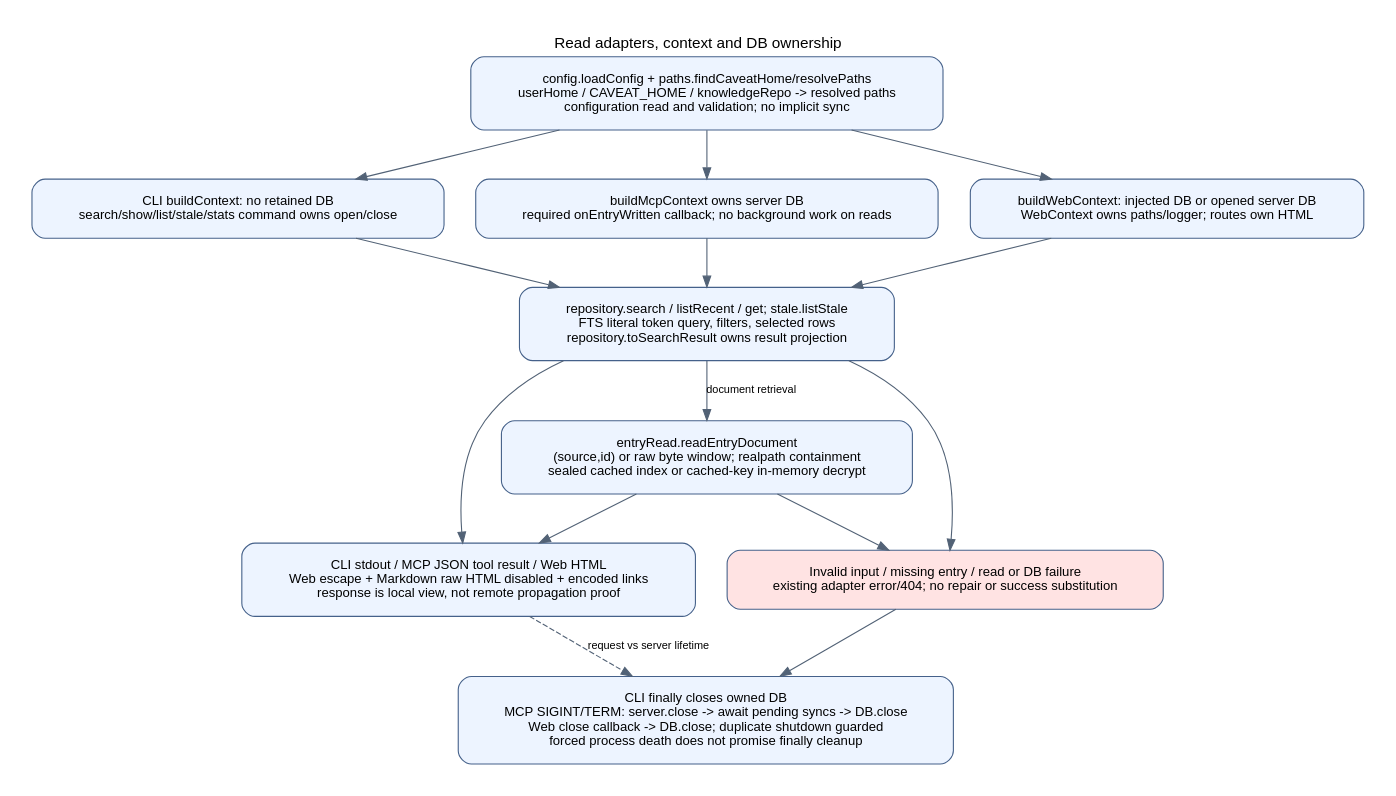
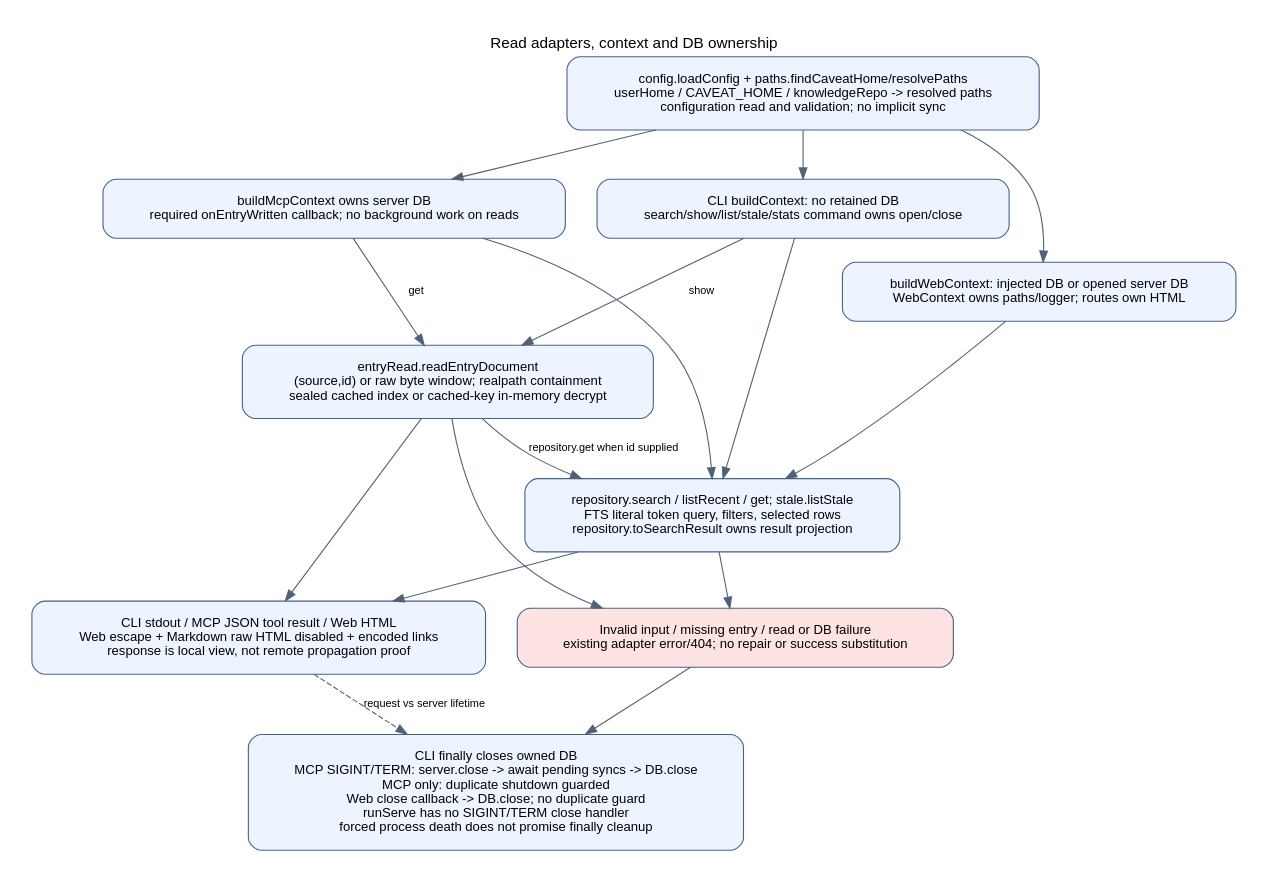
The diagram in docs/diagrams/16-read-context.dot (kitepon/Caveat), drawn with Graphviz before and after one commit. The commit also changed 25 other files, not shown here.

Commit message:
docs: align feature diagrams with failure and delivery contracts

```diff
--- a/docs/diagrams/16-read-context.dot
+++ b/docs/diagrams/16-read-context.dot
@@ -1,21 +1,22 @@
 digraph read {
  graph [rankdir=TB,bgcolor="white",pad="0.3",nodesep="0.4",ranksep="0.6",fontname="Arial",labelloc=t,label="Read adapters, context and DB ownership"];
  node [shape=box,style="rounded,filled",fillcolor="#edf4ff",color="#45618a",fontname="Arial",fontsize=12,margin="0.6,0.2"];
  edge [fontname="Arial",fontsize=10,color="#526276"];
 
  config [label="config.loadConfig + paths.findCaveatHome/resolvePaths\nuserHome / CAVEAT_HOME / knowledgeRepo -> resolved paths\nconfiguration read and validation; no implicit sync"];
  cli [label="CLI buildContext: no retained DB\nsearch/show/list/stale/stats command owns open/close"];
  mcp [label="buildMcpContext owns server DB\nrequired onEntryWritten callback; no background work on reads"];
  web [label="buildWebContext: injected DB or opened server DB\nWebContext owns paths/logger; routes own HTML"];
  query [label="repository.search / listRecent / get; stale.listStale\nFTS literal token query, filters, selected rows\nrepository.toSearchResult owns result projection"];
  raw [label="entryRead.readEntryDocument\n(source,id) or raw byte window; realpath containment\nsealed cached index or cached-key in-memory decrypt"];
  output [label="CLI stdout / MCP JSON tool result / Web HTML\nWeb escape + Markdown raw HTML disabled + encoded links\nresponse is local view, not remote propagation proof"];
  fail [fillcolor="#ffe3e3",label="Invalid input / missing entry / read or DB failure\nexisting adapter error/404; no repair or success substitution"];
- close [label="CLI finally closes owned DB\nMCP SIGINT/TERM: server.close -> await pending syncs -> DB.close\nWeb close callback -> DB.close; duplicate shutdown guarded\nforced process death does not promise finally cleanup"];
+ close [label="CLI finally closes owned DB\nMCP SIGINT/TERM: server.close -> await pending syncs -> DB.close\nMCP only: duplicate shutdown guarded\nWeb close callback -> DB.close; no duplicate guard\nrunServe has no SIGINT/TERM close handler\nforced process death does not promise finally cleanup"];
  config -> {cli mcp web}; {cli mcp web} -> query;
- query -> raw [label="document retrieval"];
+ cli -> raw [label="show"]; mcp -> raw [label="get"];
+ raw -> query [label="repository.get when id supplied"];
  query -> output; raw -> output;
  query -> fail; raw -> fail;
  output -> close [style=dashed,label="request vs server lifetime"];
  fail -> close;
 }
```
